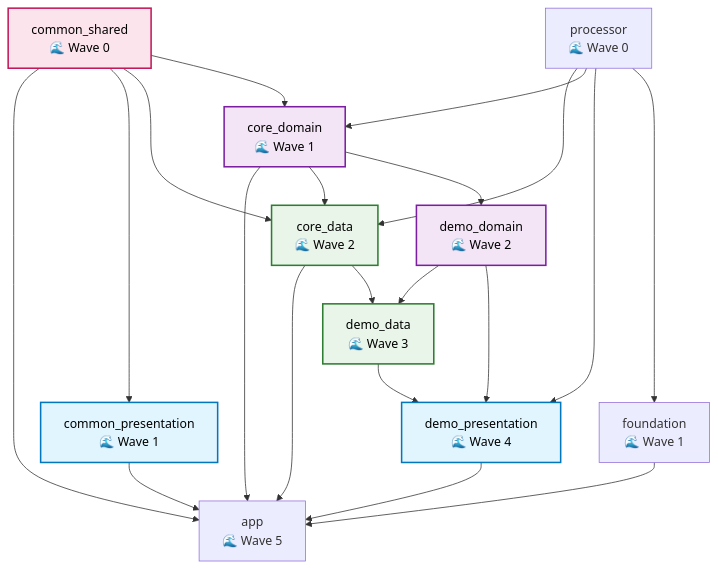
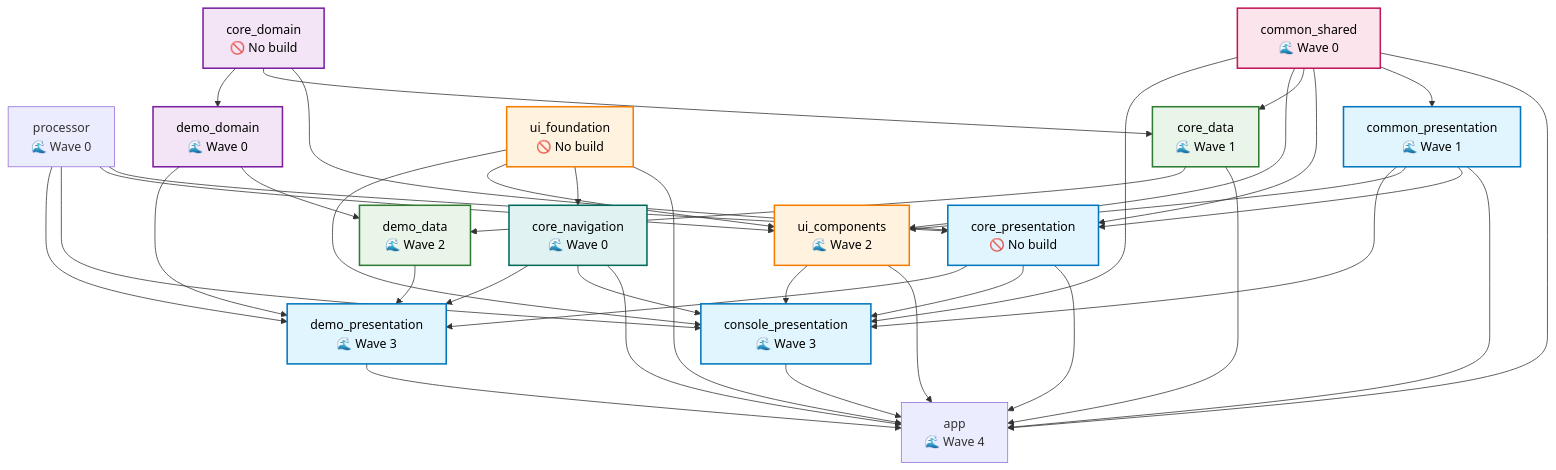
Before and after one commit to hhumbetovv/fullstack-template: the diagram in flutter/build_graph.md, drawn with Mermaid. The commit also changed other lines of this file and 7 other files, not shown here.

````diff
--- a/flutter/build_graph.md
+++ b/flutter/build_graph.md
@@ -5,7 +5,7 @@
 ```mermaid
 graph TD
     app["app
-🌊 Wave 5"]
+🌊 Wave 4"]
     processor["processor
 🌊 Wave 0"]
     common_shared["common_shared
@@ -14,43 +14,73 @@
     common_presentation["common_presentation
 🌊 Wave 1"]
     common_presentation:::presentation
+    core_presentation["core_presentation
+🚫 No build"]
+    core_presentation:::presentation
+    core_navigation["core_navigation
+🌊 Wave 0"]
+    core_navigation:::core
     core_data["core_data
-🌊 Wave 2"]
+🌊 Wave 1"]
     core_data:::data
     core_domain["core_domain
-🌊 Wave 1"]
+🚫 No build"]
     core_domain:::domain
+    ui_foundation["ui_foundation
+🚫 No build"]
+    ui_foundation:::ui
+    ui_components["ui_components
+🌊 Wave 2"]
+    ui_components:::ui
+    console_presentation["console_presentation
+🌊 Wave 3"]
+    console_presentation:::presentation
     demo_domain["demo_domain
-🌊 Wave 2"]
+🌊 Wave 0"]
     demo_domain:::domain
     demo_data["demo_data
-🌊 Wave 3"]
+🌊 Wave 2"]
     demo_data:::data
     demo_presentation["demo_presentation
-🌊 Wave 4"]
+🌊 Wave 3"]
     demo_presentation:::presentation
-    foundation["foundation
-🌊 Wave 1"]
 
     common_shared --> app
     common_presentation --> app
-    core_domain --> app
     core_data --> app
-    foundation --> app
+    core_presentation --> app
+    core_navigation --> app
+    ui_foundation --> app
+    ui_components --> app
+    console_presentation --> app
     demo_presentation --> app
     common_shared --> common_presentation
-    processor --> core_data
+    processor --> core_presentation
+    common_shared --> core_presentation
+    common_presentation --> core_presentation
+    core_domain --> core_presentation
+    ui_foundation --> core_navigation
     common_shared --> core_data
     core_domain --> core_data
-    processor --> core_domain
-    common_shared --> core_domain
+    processor --> ui_components
+    common_presentation --> ui_components
+    common_shared --> ui_components
+    ui_foundation --> ui_components
+    processor --> console_presentation
+    core_presentation --> console_presentation
+    core_navigation --> console_presentation
+    common_shared --> console_presentation
+    common_presentation --> console_presentation
+    ui_foundation --> console_presentation
+    ui_components --> console_presentation
     core_domain --> demo_domain
     core_data --> demo_data
     demo_domain --> demo_data
     processor --> demo_presentation
+    core_presentation --> demo_presentation
+    core_navigation --> demo_presentation
     demo_domain --> demo_presentation
     demo_data --> demo_presentation
-    processor --> foundation
 
     classDef presentation fill:#e1f5fe,stroke:#0277bd,stroke-width:2px,color:#000000
     classDef domain fill:#f3e5f5,stroke:#7b1fa2,stroke-width:2px,color:#000000
````
